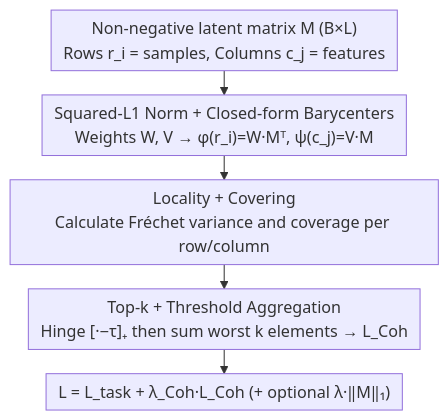
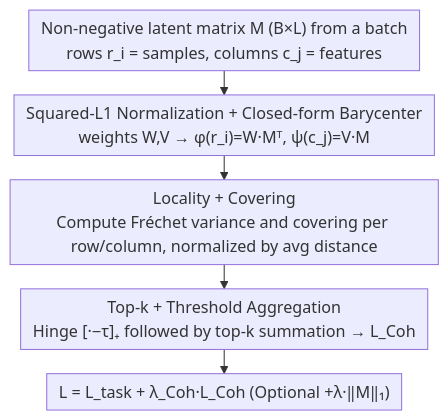
Before and after one commit to zhaoyang97/Paper-Notes-en: the diagram in docs/ICML2026/interpretability/learning_coherent_representations_a_topological_approach_to_interpretability.md, drawn with Mermaid. The commit also changed other lines of this file and 5084 other files, not shown here.

````diff
--- a/docs/ICML2026/interpretability/learning_coherent_representations_a_topological_approach_to_interpretability.md
+++ b/docs/ICML2026/interpretability/learning_coherent_representations_a_topological_approach_to_interpretability.md
@@ -50,8 +50,8 @@
 ```mermaid
 %%{init: {'flowchart': {'rankSpacing': 24, 'nodeSpacing': 28, 'padding': 6, 'wrappingWidth': 400}}}%%
 flowchart TD
-    A["Non-negative latent matrix M (B×L)<br/>Rows r_i = samples, Columns c_j = features"] --> B["Squared-L1 Norm + Closed-form Barycenters<br/>Weights W, V → φ(r_i)=W·Mᵀ, ψ(c_j)=V·M"]
-    B --> C["Locality + Covering<br/>Calculate Fréchet variance and coverage per row/column"]
-    C --> D["Top-k + Threshold Aggregation<br/>Hinge [·−τ]₊ then sum worst k elements → L_Coh"]
-    D --> E["L = L_task + λ_Coh·L_Coh (+ optional λ·‖M‖₁)"]
+    A["Non-negative latent matrix M (B×L) from a batch<br/>rows r_i = samples, columns c_j = features"] --> B["Squared-L1 Normalization + Closed-form Barycenter<br/>weights W,V → φ(r_i)=W·Mᵀ, ψ(c_j)=V·M"]
+    B --> C["Locality + Covering<br/>Compute Fréchet variance and covering per row/column, normalized by avg distance"]
+    C --> D["Top-k + Threshold Aggregation<br/>Hinge [·−τ]₊ followed by top-k summation → L_Coh"]
+    D --> E["L = L_task + λ_Coh·L_Coh (Optional +λ·‖M‖₁)"]
 ```
````
